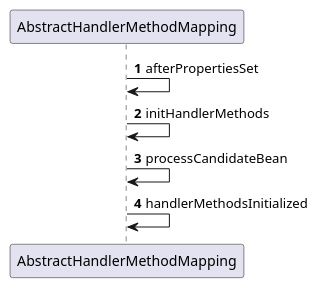
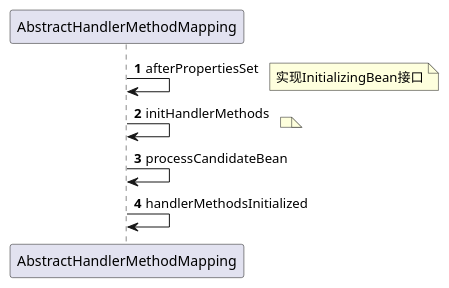
The diagram in uml/扫描并注册HandlerMethod.puml (Raven-633/spring-framework), drawn with PlantUML before and after one commit. The commit also changed 30 other files, not shown here.

```diff
--- a/uml/扫描并注册HandlerMethod.puml
+++ b/uml/扫描并注册HandlerMethod.puml
@@ -1,10 +1,12 @@
 @startuml
 'https://plantuml.com/sequence-diagram
 
 autonumber
 
 AbstractHandlerMethodMapping -> AbstractHandlerMethodMapping: afterPropertiesSet
+note right: 实现InitializingBean接口
 AbstractHandlerMethodMapping -> AbstractHandlerMethodMapping: initHandlerMethods
+note right:
 AbstractHandlerMethodMapping -> AbstractHandlerMethodMapping: processCandidateBean
 AbstractHandlerMethodMapping -> AbstractHandlerMethodMapping: handlerMethodsInitialized
 @enduml
```
